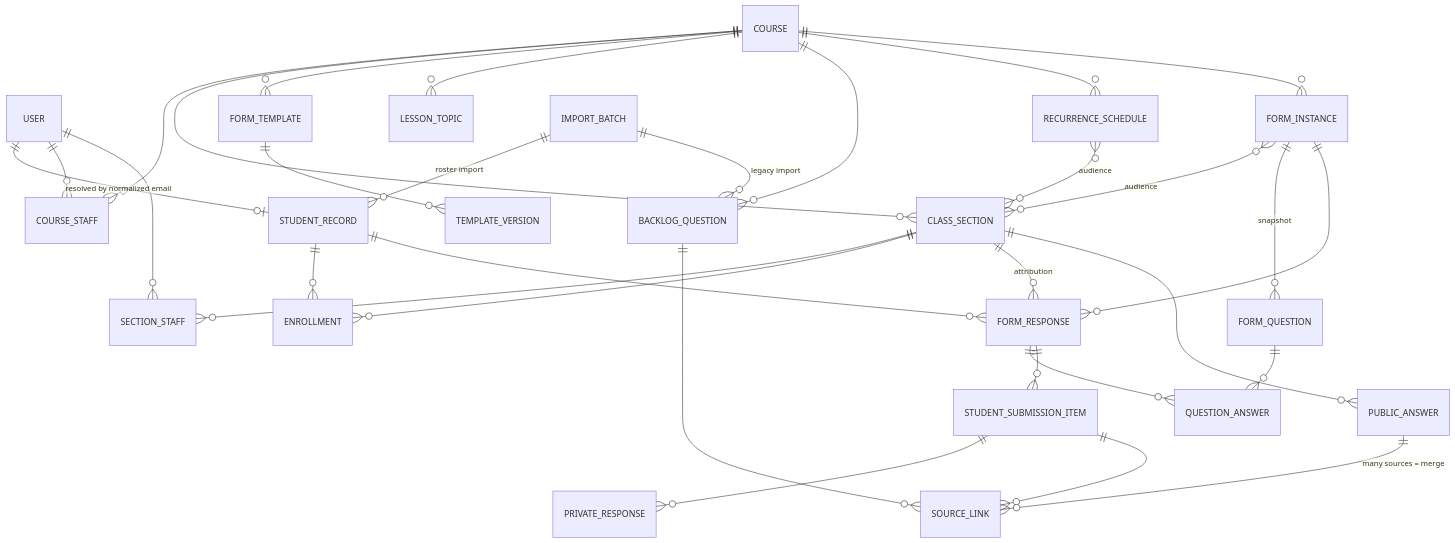
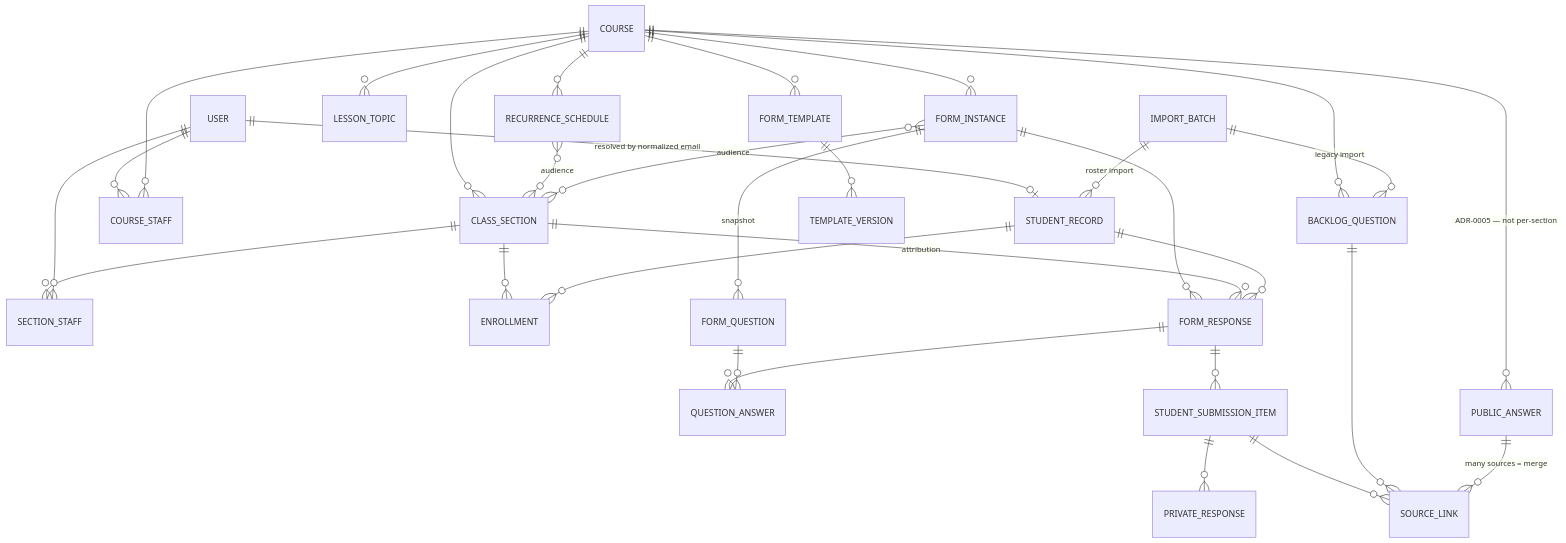
One commit to jarlericaa/dcs-class-feedback changed the ninth of 9 diagrams in AGENTS.md. Above: the diagram before and after it, drawn with Mermaid. The commit also changed other lines of this file and 63 other files, not shown here.

````diff
--- a/AGENTS.md
+++ b/AGENTS.md
@@ -281,33 +281,33 @@
 ```mermaid
 erDiagram
   USER ||--o| STUDENT_RECORD : "resolved by normalized email"
   USER ||--o{ COURSE_STAFF : ""
   COURSE ||--o{ COURSE_STAFF : ""
   COURSE ||--o{ CLASS_SECTION : ""
   COURSE ||--o{ FORM_TEMPLATE : ""
   COURSE ||--o{ LESSON_TOPIC : ""
   COURSE ||--o{ BACKLOG_QUESTION : ""
   FORM_TEMPLATE ||--o{ TEMPLATE_VERSION : ""
   CLASS_SECTION ||--o{ SECTION_STAFF : ""
   USER ||--o{ SECTION_STAFF : ""
   CLASS_SECTION ||--o{ ENROLLMENT : ""
   STUDENT_RECORD ||--o{ ENROLLMENT : ""
   COURSE ||--o{ RECURRENCE_SCHEDULE : ""
   RECURRENCE_SCHEDULE }o--o{ CLASS_SECTION : "audience"
   COURSE ||--o{ FORM_INSTANCE : ""
   FORM_INSTANCE }o--o{ CLASS_SECTION : "audience"
   FORM_INSTANCE ||--o{ FORM_QUESTION : "snapshot"
   FORM_INSTANCE ||--o{ FORM_RESPONSE : ""
   CLASS_SECTION ||--o{ FORM_RESPONSE : "attribution"
   STUDENT_RECORD ||--o{ FORM_RESPONSE : ""
   FORM_RESPONSE ||--o{ QUESTION_ANSWER : ""
   FORM_QUESTION ||--o{ QUESTION_ANSWER : ""
   FORM_RESPONSE ||--o{ STUDENT_SUBMISSION_ITEM : ""
   STUDENT_SUBMISSION_ITEM ||--o{ PRIVATE_RESPONSE : ""
   STUDENT_SUBMISSION_ITEM ||--o{ SOURCE_LINK : ""
   BACKLOG_QUESTION ||--o{ SOURCE_LINK : ""
   PUBLIC_ANSWER ||--o{ SOURCE_LINK : "many sources = merge"
-  CLASS_SECTION ||--o{ PUBLIC_ANSWER : ""
+  COURSE ||--o{ PUBLIC_ANSWER : "ADR-0005 — not per-section"
   IMPORT_BATCH ||--o{ STUDENT_RECORD : "roster import"
   IMPORT_BATCH ||--o{ BACKLOG_QUESTION : "legacy import"
 ```
````
